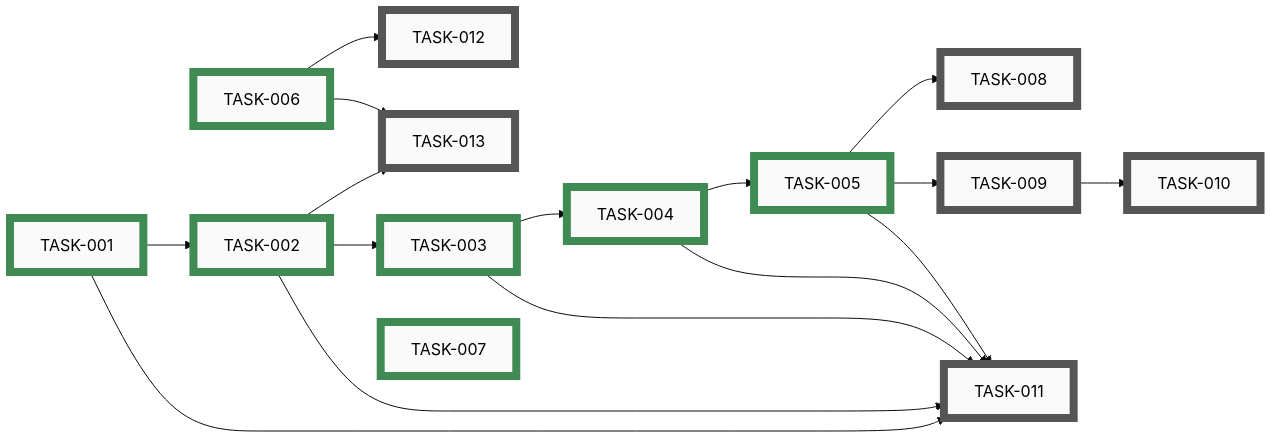
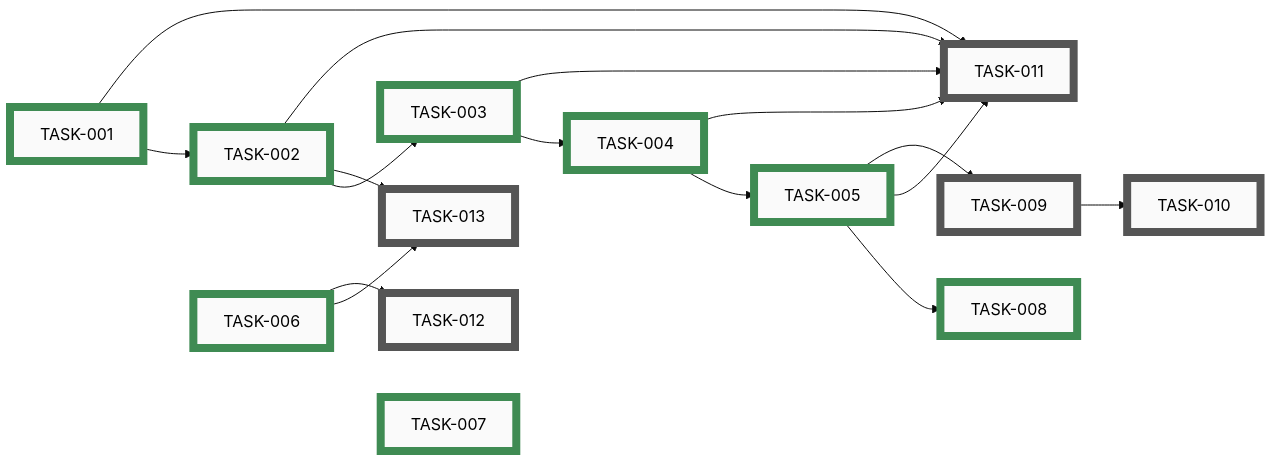
The diagram in docs/developers/tasks/EPICS.md (tgd1975/PartsLedger), drawn with Mermaid (base theme) before and after one commit. The commit also changed other lines of this file and 10 other files, not shown here.

First line of the commit message:
close TASK-008: Port security-review hooks (pre-merge / post-merge / pre-rebase)

````diff
--- a/docs/developers/tasks/EPICS.md
+++ b/docs/developers/tasks/EPICS.md
@@ -21,53 +21,53 @@
 ```mermaid
 graph LR
-    TASK_008["TASK-008"]:::open
     TASK_009["TASK-009"]:::open
     TASK_010["TASK-010"]:::open
     TASK_011["TASK-011"]:::open
     TASK_012["TASK-012"]:::open
     TASK_013["TASK-013"]:::open
     TASK_001["TASK-001"]:::closed
     TASK_002["TASK-002"]:::closed
     TASK_003["TASK-003"]:::closed
     TASK_004["TASK-004"]:::closed
     TASK_005["TASK-005"]:::closed
     TASK_006["TASK-006"]:::closed
     TASK_007["TASK-007"]:::closed
-    TASK_005 --> TASK_008
+    TASK_008["TASK-008"]:::closed
     TASK_005 --> TASK_009
     TASK_009 --> TASK_010
     TASK_001 --> TASK_011
     TASK_002 --> TASK_011
     TASK_003 --> TASK_011
     TASK_004 --> TASK_011
     TASK_005 --> TASK_011
     TASK_006 --> TASK_012
     TASK_002 --> TASK_013
     TASK_006 --> TASK_013
     TASK_001 --> TASK_002
     TASK_002 --> TASK_003
     TASK_003 --> TASK_004
     TASK_004 --> TASK_005
+    TASK_005 --> TASK_008
     TASK_001 ~~~ TASK_006 ~~~ TASK_007
-    click TASK_008 "open/task-008-security-review-hooks.md"
     click TASK_009 "open/task-009-codeowner-mechanism.md"
     click TASK_010 "open/task-010-codeowner-starter-skills.md"
     click TASK_011 "open/task-011-claude-md-rewrite.md"
     click TASK_012 "open/task-012-epic-run-and-autonomy.md"
     click TASK_013 "open/task-013-apply-branch-protection.md"
     click TASK_001 "closed/task-001-delete-sync-layer.md"
     click TASK_002 "closed/task-002-python-skeleton.md"
     click TASK_003 "closed/task-003-replace-pre-commit.md"
     click TASK_004 "closed/task-004-upgrade-commit-skill.md"
     click TASK_005 "closed/task-005-settings-json.md"
     click TASK_006 "closed/task-006-docs-verbatim-port.md"
     click TASK_007 "closed/task-007-architecture-doc.md"
+    click TASK_008 "closed/task-008-security-review-hooks.md"
     classDef open    fill:#FAFAFA,stroke:#555,stroke-width:8px,color:#000
     classDef active  fill:#FAFAFA,stroke:#1A6FA8,stroke-width:8px,color:#000
     classDef closed  fill:#FAFAFA,stroke:#3F8B53,stroke-width:8px,color:#000
     classDef paused  fill:#FAFAFA,stroke:#B07810,stroke-width:8px,color:#000
     classDef openExt    fill:#000,stroke:#888,stroke-width:8px,color:#FFF
     classDef activeExt  fill:#000,stroke:#3FA9F5,stroke-width:8px,color:#FFF
     classDef closedExt  fill:#000,stroke:#7CC68A,stroke-width:8px,color:#FFF
     classDef pausedExt  fill:#000,stroke:#F0B030,stroke-width:8px,color:#FFF
 ```
````
